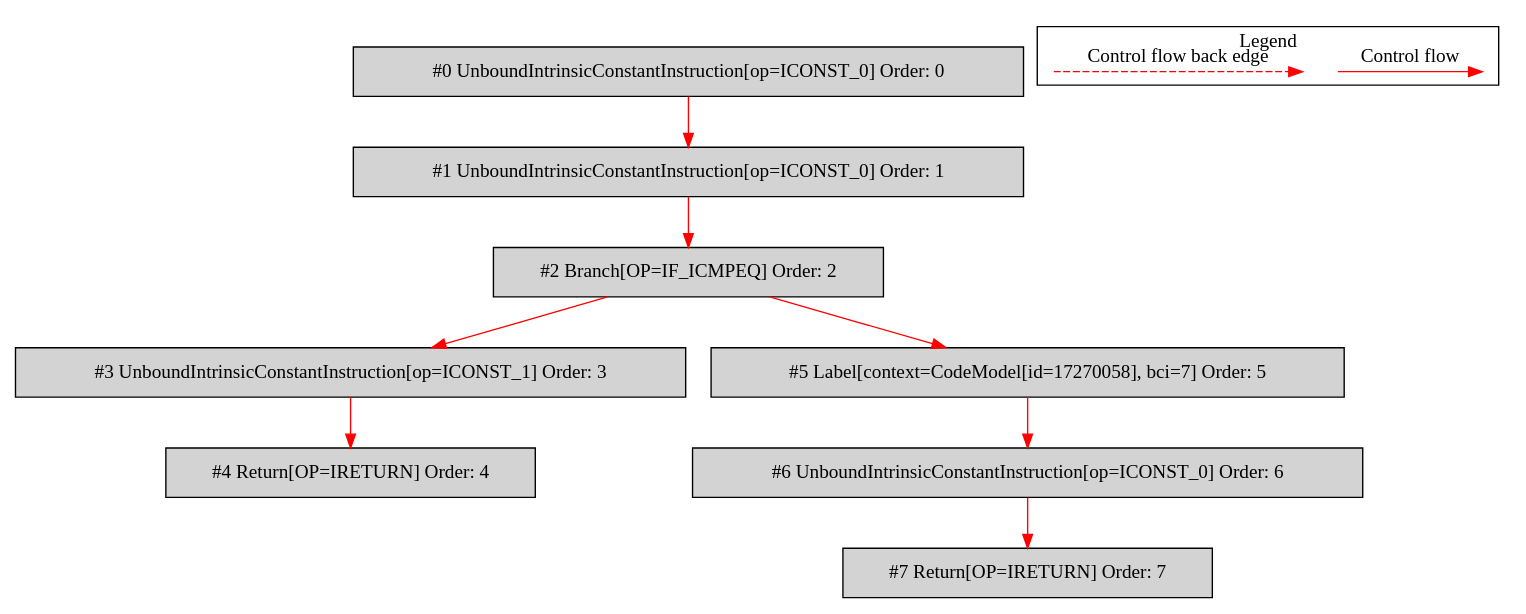
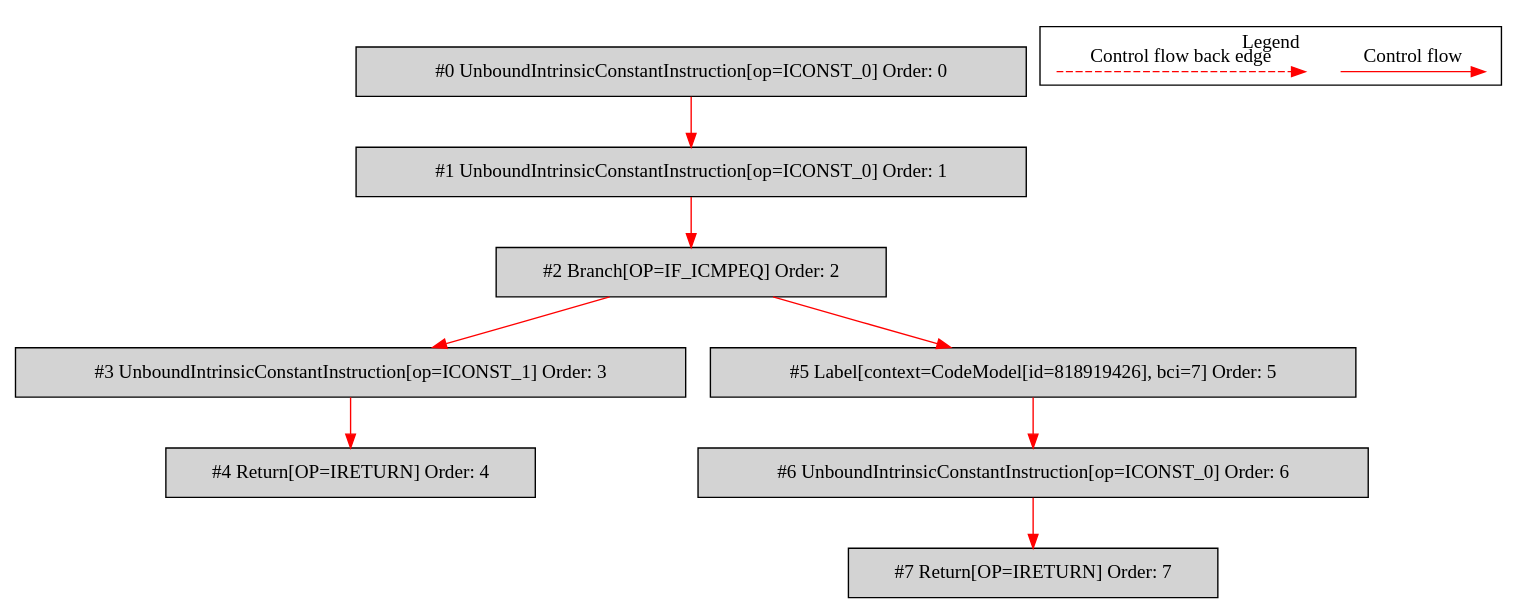
One commit to mirkosertic/MetaIR changed the diagram in de.mirkosertic.metair.ir.OpcodeIFICMPEQTest/test_IF_ICMPEQ/bytecodecfg.dot. Above: the diagram before and after it, drawn with Graphviz. The commit also changed 866 other files, not shown here.

```diff
--- a/de.mirkosertic.metair.ir.OpcodeIFICMPEQTest/test_IF_ICMPEQ/bytecodecfg.dot
+++ b/de.mirkosertic.metair.ir.OpcodeIFICMPEQTest/test_IF_ICMPEQ/bytecodecfg.dot
@@ -1,32 +1,32 @@
 digraph {
  ordering="in";
  node0[label="#0 UnboundIntrinsicConstantInstruction[op=ICONST_0] Order: 0", shape=box, fillcolor=lightgrey, style=filled];
  node1[label="#1 UnboundIntrinsicConstantInstruction[op=ICONST_0] Order: 1", shape=box, fillcolor=lightgrey, style=filled];
  node2[label="#2 Branch[OP=IF_ICMPEQ] Order: 2", shape=box, fillcolor=lightgrey, style=filled];
  node3[label="#3 UnboundIntrinsicConstantInstruction[op=ICONST_1] Order: 3", shape=box, fillcolor=lightgrey, style=filled];
  node4[label="#4 Return[OP=IRETURN] Order: 4", shape=box, fillcolor=lightgrey, style=filled];
- node5[label="#5 Label[context=CodeModel[id=17270058], bci=7] Order: 5", shape=box, fillcolor=lightgrey, style=filled];
+ node5[label="#5 Label[context=CodeModel[id=818919426], bci=7] Order: 5", shape=box, fillcolor=lightgrey, style=filled];
  node6[label="#6 UnboundIntrinsicConstantInstruction[op=ICONST_0] Order: 6", shape=box, fillcolor=lightgrey, style=filled];
  node7[label="#7 Return[OP=IRETURN] Order: 7", shape=box, fillcolor=lightgrey, style=filled];
  node0 -> node1[color=red];
  node1 -> node2[color=red];
  node2 -> node3[color=red];
  node3 -> node4[color=red];
  node2 -> node5[color=red];
  node5 -> node6[color=red];
  node6 -> node7[color=red];
  subgraph cluster_000 {
   label = "Legend";
   node [shape=point]
   {
    rank=same;
    c0 [style = invis];
    c1 [style = invis];
    c2 [style = invis];
    c3 [style = invis];
   }
   c0 -> c1 [label="Control flow", style=solid, color=red]
   c2 -> c3 [label="Control flow back edge", style=dashed, color=red]
  }
 
 }
```
